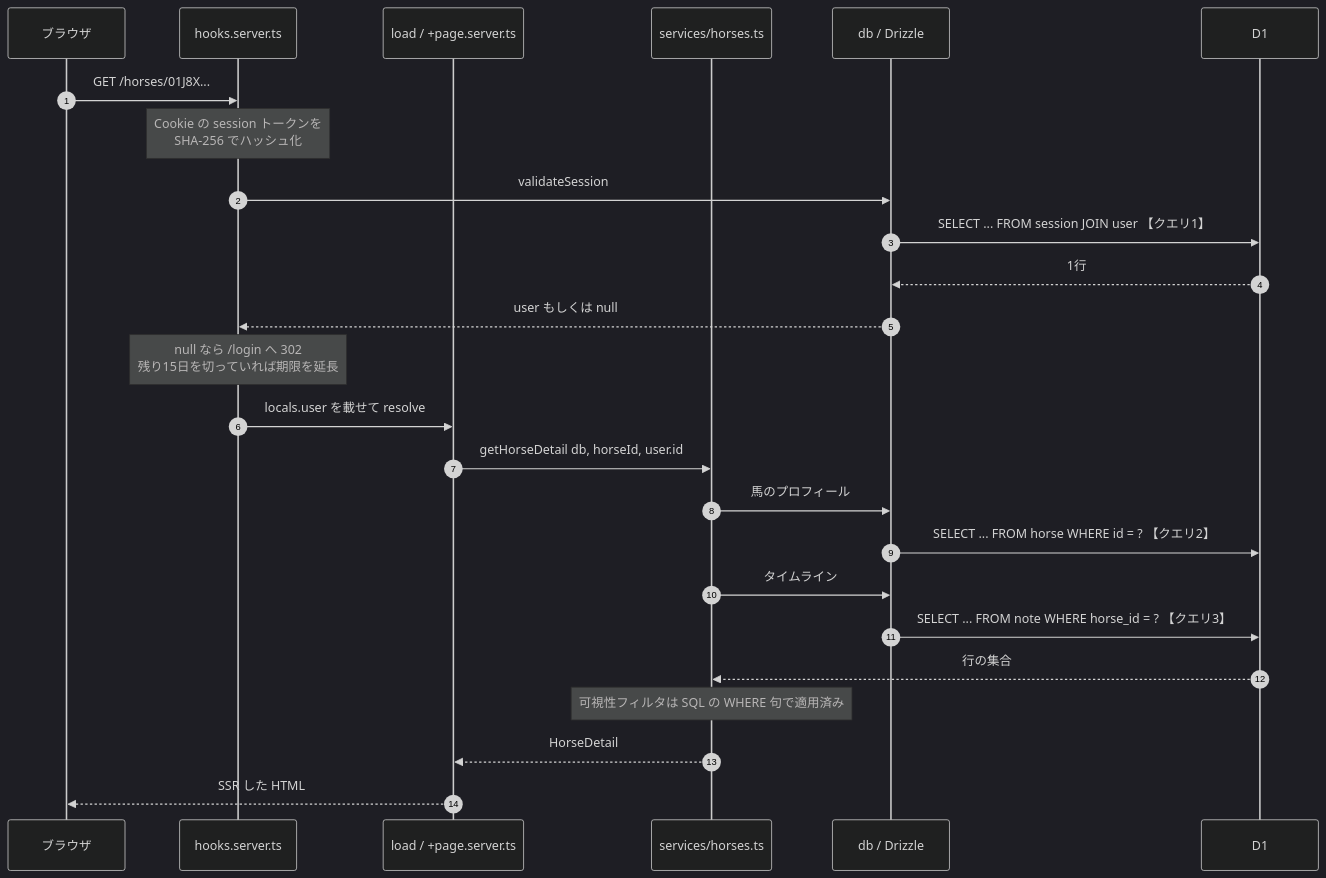
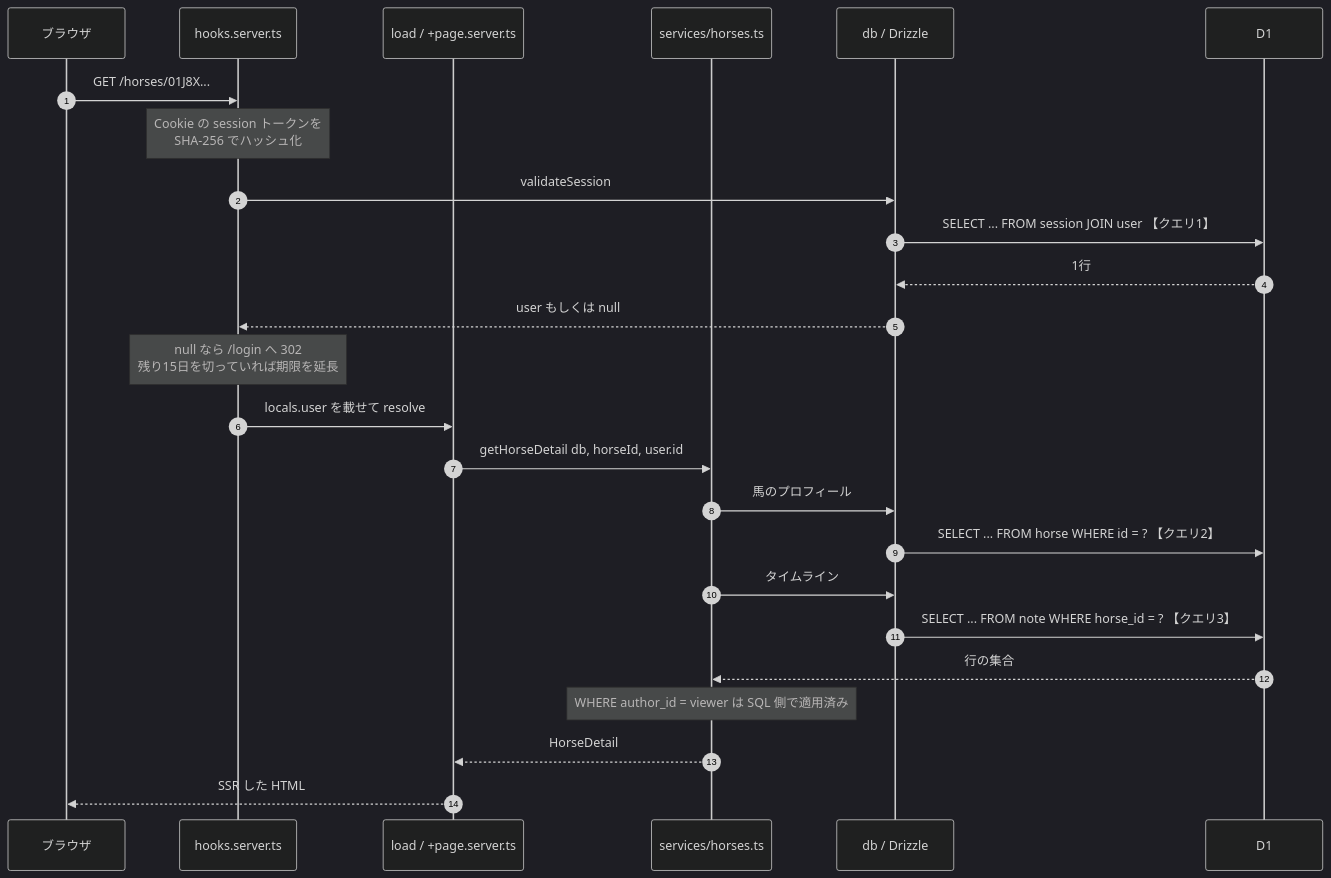
The fourth of 10 diagrams in docs/architecture.md (Atoyr/keiba-note), drawn with Mermaid (dark theme) before and after one commit. The commit also changed other lines of this file and 3 other files, not shown here.

````diff
--- a/docs/architecture.md
+++ b/docs/architecture.md
@@ -213,28 +212,28 @@
 ```mermaid
 sequenceDiagram
     autonumber
     participant B as ブラウザ
     participant H as hooks.server.ts
     participant L as load / +page.server.ts
     participant S as services/horses.ts
     participant Q as db / Drizzle
     participant D as D1
 
     B->>H: GET /horses/01J8X...
     Note over H: Cookie の session トークンを<br/>SHA-256 でハッシュ化
     H->>Q: validateSession
     Q->>D: SELECT ... FROM session JOIN user 【クエリ1】
     D-->>Q: 1行
     Q-->>H: user もしくは null
     Note over H: null なら /login へ 302<br/>残り15日を切っていれば期限を延長
     H->>L: locals.user を載せて resolve
     L->>S: getHorseDetail db, horseId, user.id
     S->>Q: 馬のプロフィール
     Q->>D: SELECT ... FROM horse WHERE id = ? 【クエリ2】
     S->>Q: タイムライン
     Q->>D: SELECT ... FROM note WHERE horse_id = ? 【クエリ3】
     D-->>S: 行の集合
-    Note over S: 可視性フィルタは SQL の WHERE 句で適用済み
+    Note over S: WHERE author_id = viewer は SQL 側で適用済み
     S-->>L: HorseDetail
     L-->>B: SSR した HTML
 ```
````
